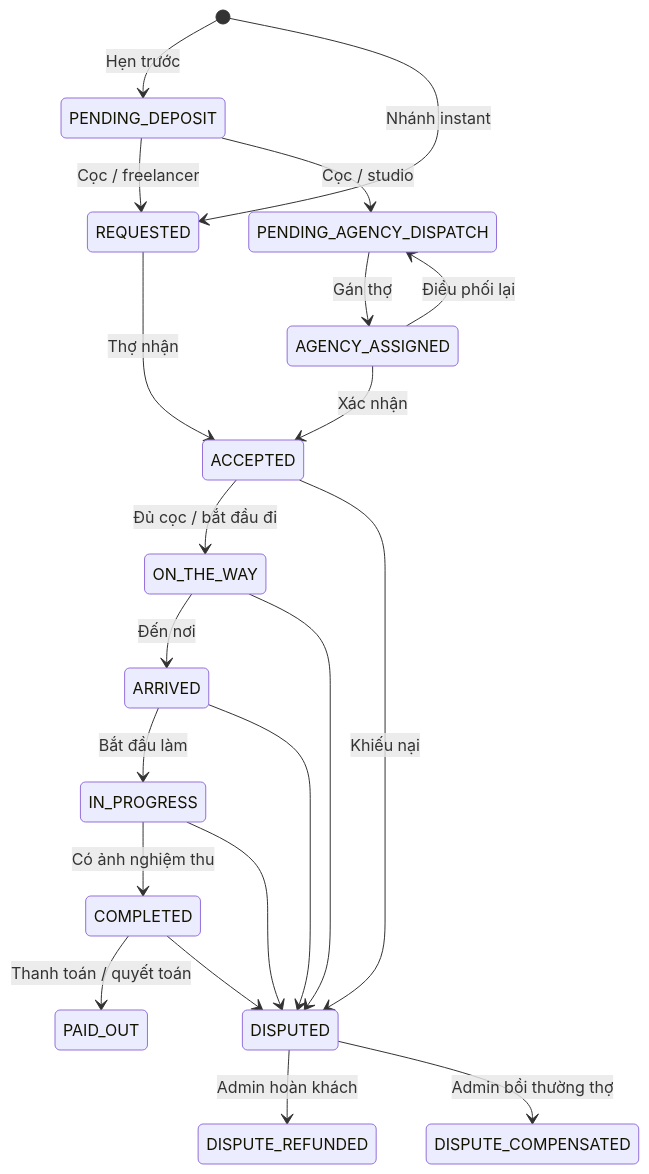
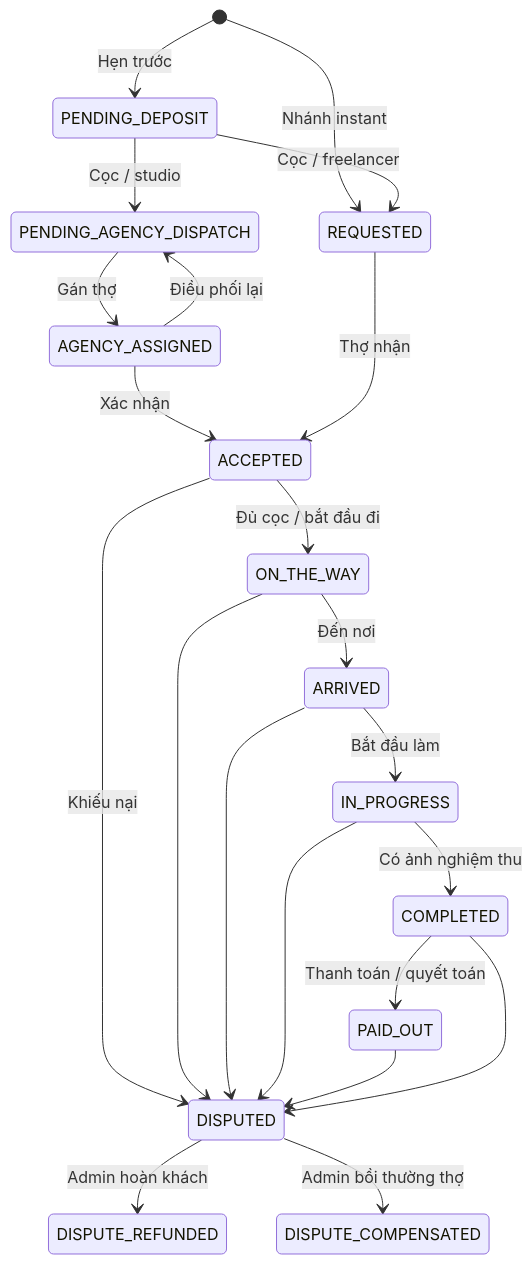
Before and after one commit to Mua-makeup/Mua-Makeup: the first of 20 diagrams in docs/makeup_platform_srs.md, drawn with Mermaid. The commit also changed other lines of this file and 17 other files, not shown here.

````diff
--- a/docs/makeup_platform_srs.md
+++ b/docs/makeup_platform_srs.md
@@ -119,23 +193,24 @@
 ```mermaid
 stateDiagram-v2
     [*] --> PENDING_DEPOSIT: Hẹn trước
     [*] --> REQUESTED: Nhánh instant
     PENDING_DEPOSIT --> REQUESTED: Cọc / freelancer
     PENDING_DEPOSIT --> PENDING_AGENCY_DISPATCH: Cọc / studio
     PENDING_AGENCY_DISPATCH --> AGENCY_ASSIGNED: Gán thợ
     AGENCY_ASSIGNED --> ACCEPTED: Xác nhận
     AGENCY_ASSIGNED --> PENDING_AGENCY_DISPATCH: Điều phối lại
     REQUESTED --> ACCEPTED: Thợ nhận
     ACCEPTED --> ON_THE_WAY: Đủ cọc / bắt đầu đi
     ON_THE_WAY --> ARRIVED: Đến nơi
     ARRIVED --> IN_PROGRESS: Bắt đầu làm
     IN_PROGRESS --> COMPLETED: Có ảnh nghiệm thu
     COMPLETED --> PAID_OUT: Thanh toán / quyết toán
     ACCEPTED --> DISPUTED: Khiếu nại
     ON_THE_WAY --> DISPUTED
     ARRIVED --> DISPUTED
     IN_PROGRESS --> DISPUTED
+    PAID_OUT --> DISPUTED
     COMPLETED --> DISPUTED
     DISPUTED --> DISPUTE_REFUNDED: Admin hoàn khách
     DISPUTED --> DISPUTE_COMPENSATED: Admin bồi thường thợ
 ```
````
